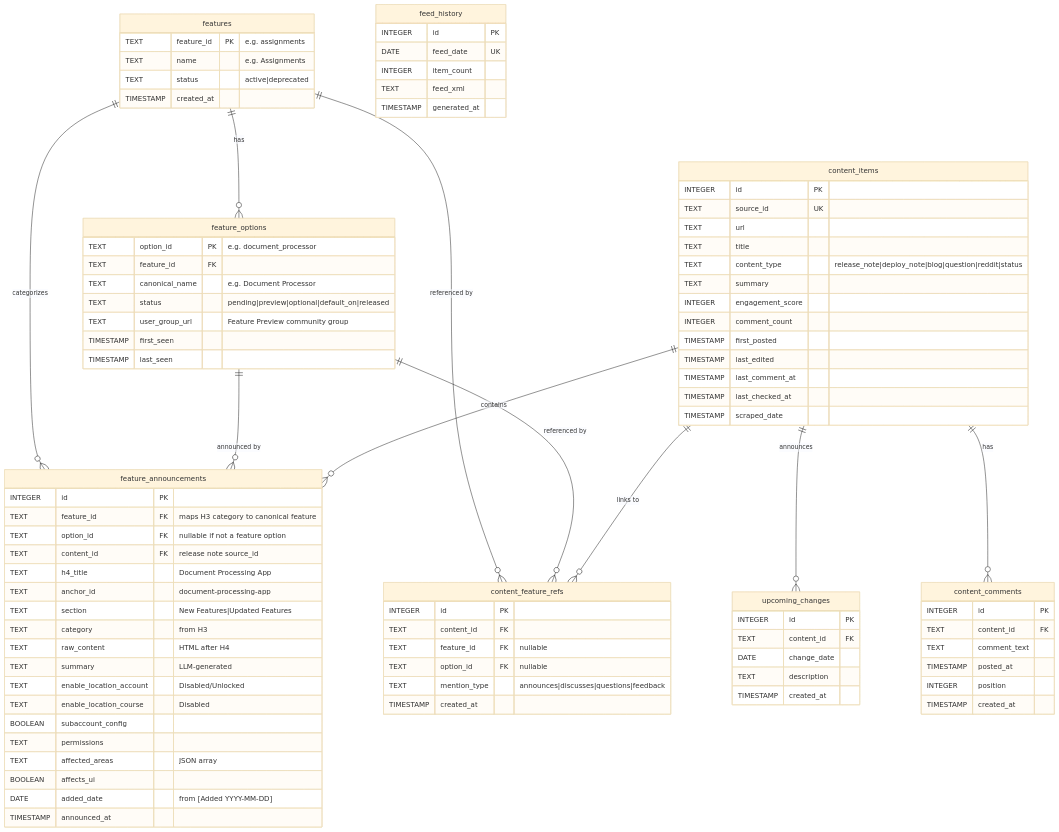
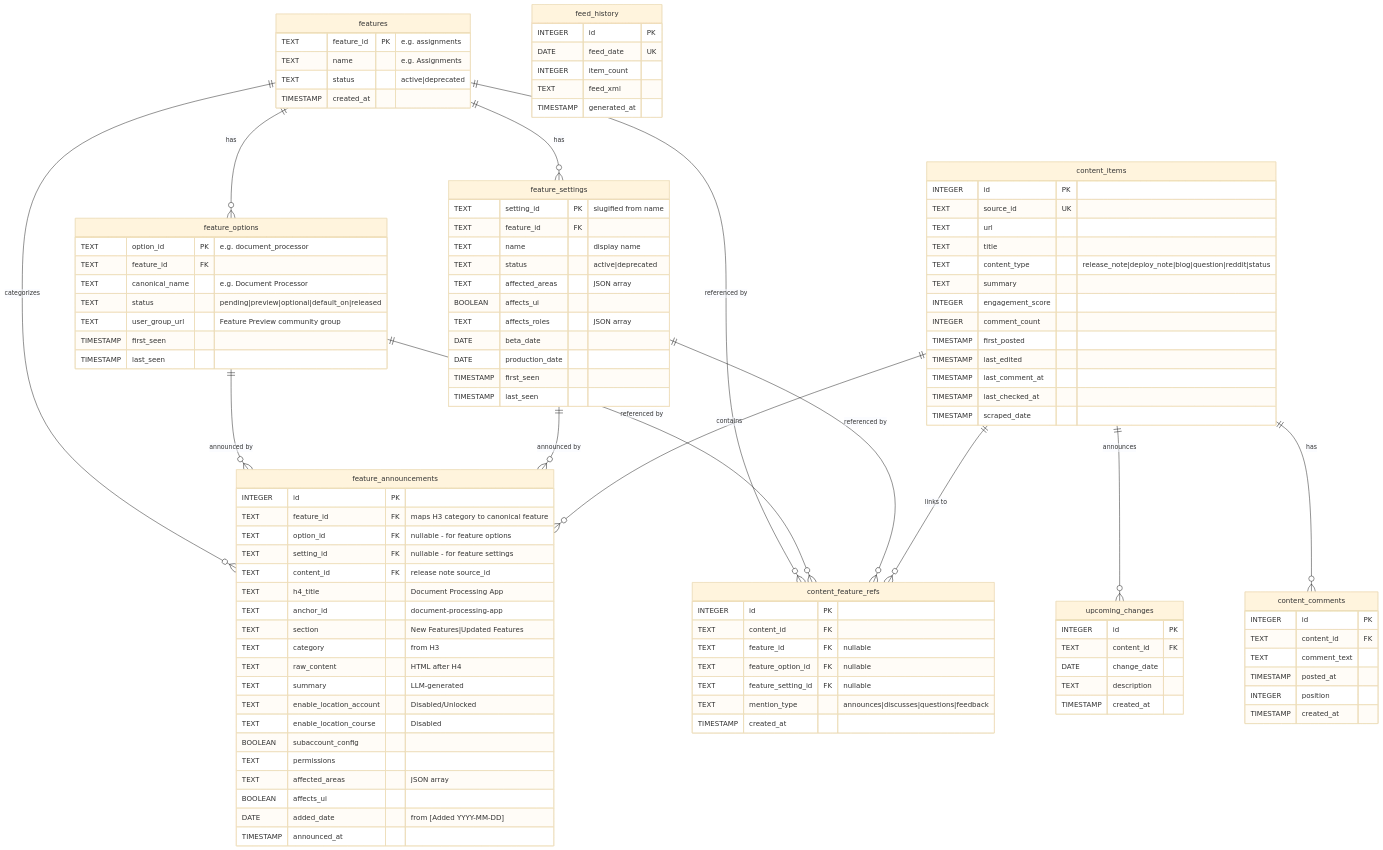
The diagram in docs/database-schema.md (titulartarantula/canvas-rss), drawn with Mermaid (base theme) before and after one commit. The commit also changed other lines of this file, not shown here.

Commit message:
docs: update database schema for feature_settings (v2.1)

```diff
--- a/docs/database-schema.md
+++ b/docs/database-schema.md
@@ -89,10 +113,25 @@
         TIMESTAMP last_seen
     }
 
+    feature_settings {
+        TEXT setting_id PK "slugified from name"
+        TEXT feature_id FK
+        TEXT name "display name"
+        TEXT status "active|deprecated"
+        TEXT affected_areas "JSON array"
+        BOOLEAN affects_ui
+        TEXT affects_roles "JSON array"
+        DATE beta_date
+        DATE production_date
+        TIMESTAMP first_seen
+        TIMESTAMP last_seen
+    }
+
     feature_announcements {
         INTEGER id PK
         TEXT feature_id FK "maps H3 category to canonical feature"
-        TEXT option_id FK "nullable if not a feature option"
+        TEXT option_id FK "nullable - for feature options"
+        TEXT setting_id FK "nullable - for feature settings"
         TEXT content_id FK "release note source_id"
         TEXT h4_title "Document Processing App"
         TEXT anchor_id "document-processing-app"
@@ -130,7 +169,8 @@
         INTEGER id PK
         TEXT content_id FK
         TEXT feature_id FK "nullable"
-        TEXT option_id FK "nullable"
+        TEXT feature_option_id FK "nullable"
+        TEXT feature_setting_id FK "nullable"
         TEXT mention_type "announces|discusses|questions|feedback"
         TIMESTAMP created_at
     }
@@ -161,11 +201,14 @@
     }
 
     features ||--o{ feature_options : "has"
+    features ||--o{ feature_settings : "has"
     features ||--o{ feature_announcements : "categorizes"
     feature_options ||--o{ feature_announcements : "announced by"
+    feature_settings ||--o{ feature_announcements : "announced by"
     content_items ||--o{ feature_announcements : "contains"
     features ||--o{ content_feature_refs : "referenced by"
     feature_options ||--o{ content_feature_refs : "referenced by"
+    feature_settings ||--o{ content_feature_refs : "referenced by"
     content_items ||--o{ content_feature_refs : "links to"
     content_items ||--o{ upcoming_changes : "announces"
     content_items ||--o{ content_comments : "has"
```
